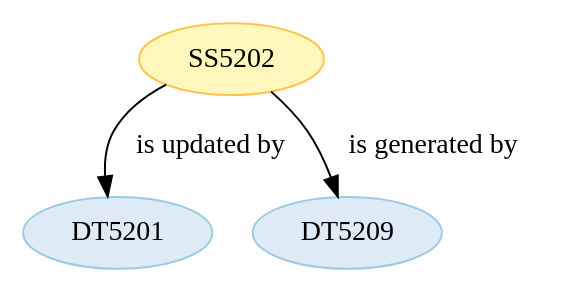
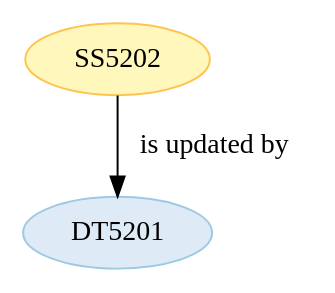
One commit to Marco-Salvi/cwl-test changed the diagram in wf5201/ST520102.dot. Above: the diagram before and after it, drawn with Graphviz. The commit also changed 24 other files, not shown here.

```diff
--- a/wf5201/ST520102.dot
+++ b/wf5201/ST520102.dot
@@ -1,14 +1,10 @@
 strict digraph {
 
 
-	"DT5201" [ color="2", colorscheme="blues3", fillcolor="1", style="filled",  weight=0 ];
-
-	"DT5209" [ color="2", colorscheme="blues3", fillcolor="1", style="filled",  weight=0 ];
-
 	"SS5202" [ color="2", colorscheme="ylorbr3", fillcolor="1", style="filled",  weight=0 ];
-
-	"SS5202" -> "DT5209" [ label="is generated by", labeltooltip="DT5209 - is generated by - SS5202",  weight=0 ];
 
 	"SS5202" -> "DT5201" [ label="is updated by", labeltooltip="DT5201 - is updated by - SS5202",  weight=0 ];
 
+	"DT5201" [ color="2", colorscheme="blues3", fillcolor="1", style="filled",  weight=0 ];
+
 }
```
